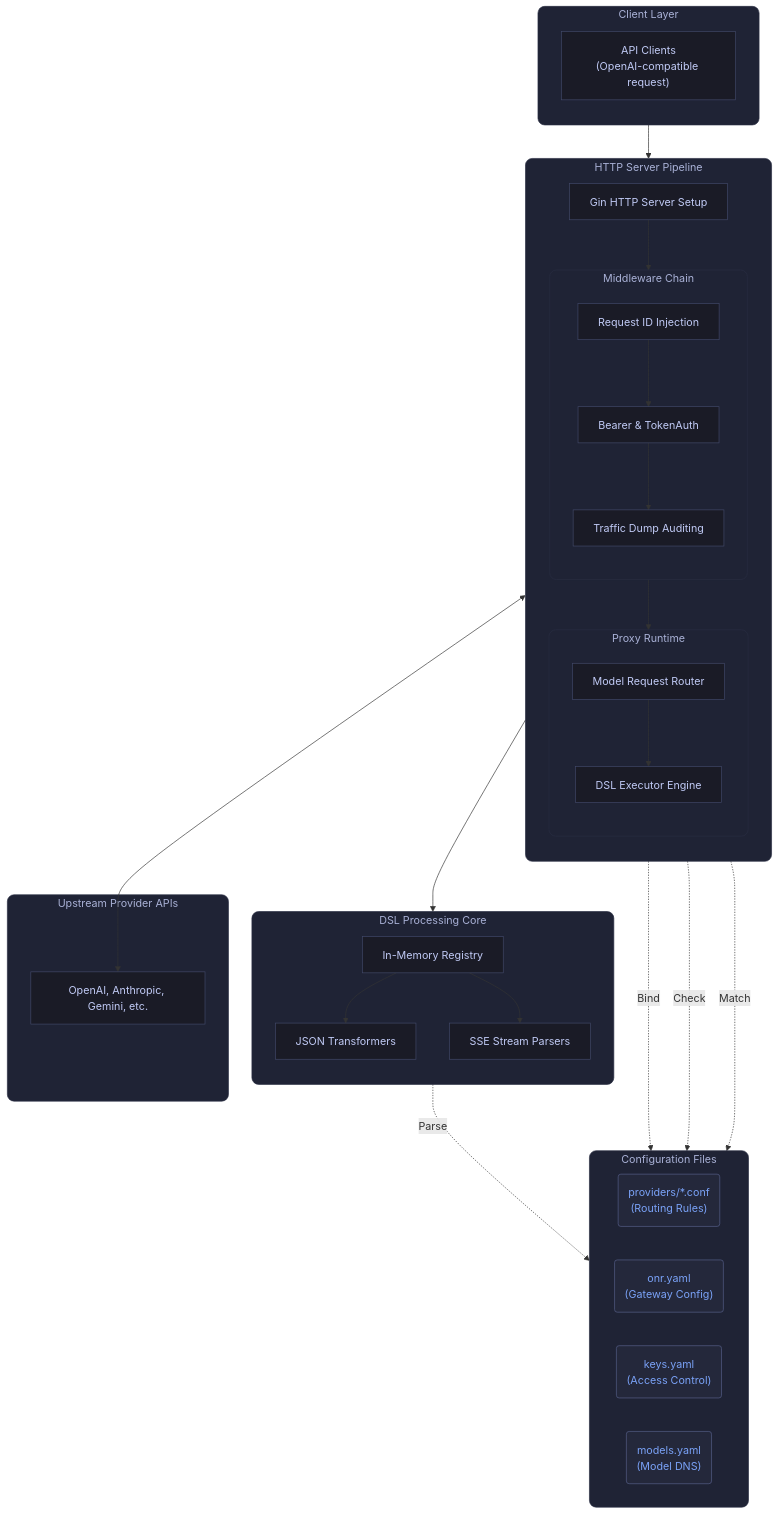
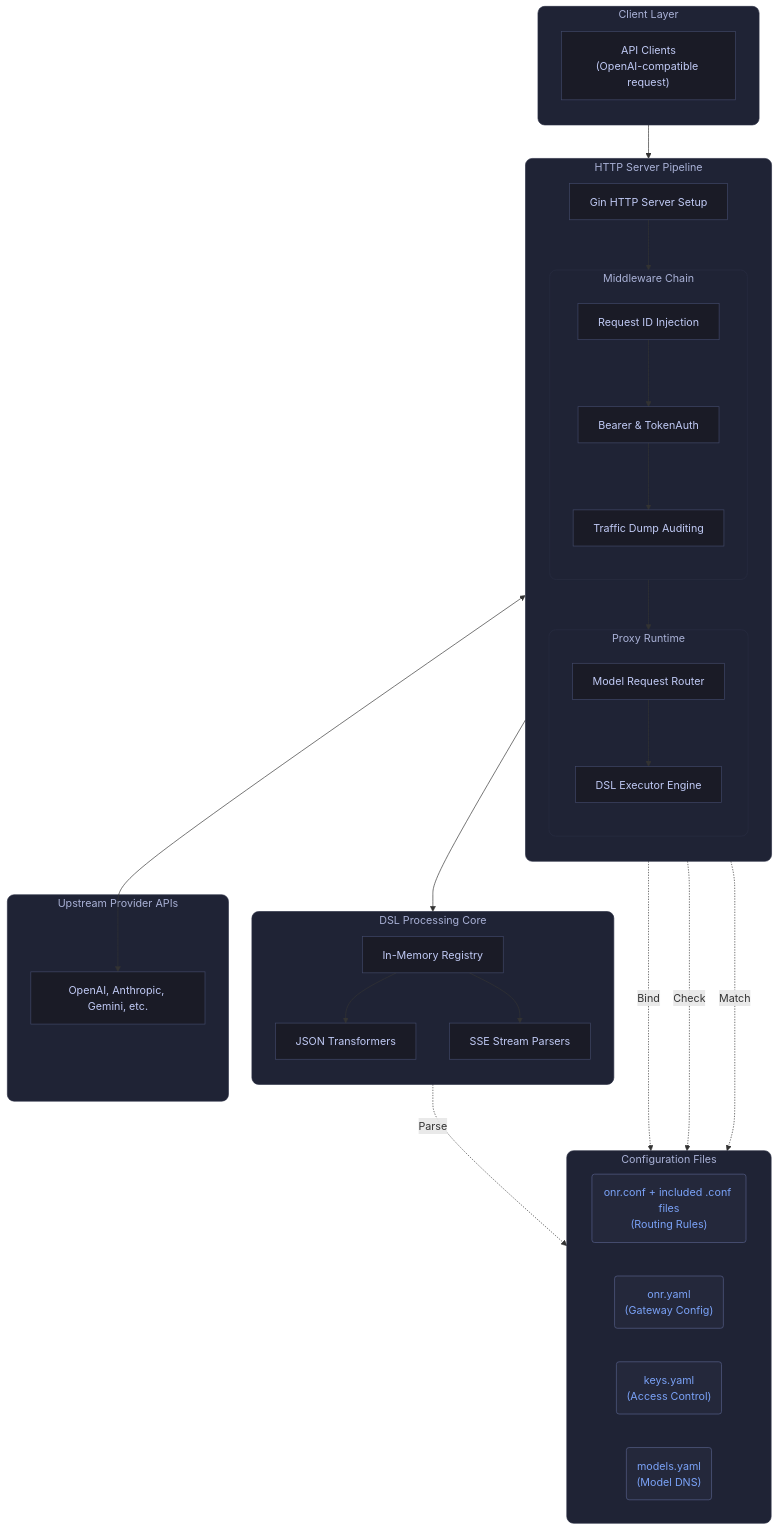
The diagram in index.mdx (r9s-ai/onr-docs), drawn with Mermaid before and after one commit. The commit also changed other lines of this file and 11 other files, not shown here.

First line of the commit message:
docs(docs): update docs to reflect onr.conf as main DSL entrypoint

````diff
--- a/index.mdx
+++ b/index.mdx
@@ -21,71 +21,71 @@
 ```mermaid
 flowchart TD
     %% Base styling
     classDef default fill:#1a1b26,stroke:#414868,stroke-width:1px,color:#c0caf5;
     classDef layer fill:#1f2335,stroke:#292e42,stroke-width:1px,color:#a9b1d6,rx:10,ry:10;
     classDef file fill:#24283b,stroke:#565f89,stroke-width:1px,color:#7aa2f7,rx:4,ry:4;
     
     subgraph ClientLayer ["Client Layer"]
         direction TB
         Clients["API Clients<br/>(OpenAI-compatible request)"]
     end
 
     subgraph RuntimeApp ["HTTP Server Pipeline"]
         direction TB
         Server["Gin HTTP Server Setup"]
         
         subgraph Middlewares ["Middleware Chain"]
             direction TB
             ReqID["Request ID Injection"]
             Auth["Bearer & TokenAuth"]
             Dump["Traffic Dump Auditing"]
             ReqID --> Auth --> Dump
         end
         
         subgraph Proxy ["Proxy Runtime"]
             direction TB
             Router["Model Request Router"]
             Exec["DSL Executor Engine"]
             Router --> Exec
         end
         
         Server --> ReqID
         Dump --> Router
     end
 
     subgraph Configs ["Configuration Files"]
         direction LR
-        DSLConf("providers/*.conf<br/>(Routing Rules)")
+        DSLConf("onr.conf + included .conf files<br/>(Routing Rules)")
         OnrYaml("onr.yaml<br/>(Gateway Config)")
         KeysYaml("keys.yaml<br/>(Access Control)")
         ModelsYaml("models.yaml<br/>(Model DNS)")
     end
 
     subgraph CoreLib ["DSL Processing Core"]
         direction TB
         Registry["In-Memory Registry"]
         Transform["JSON Transformers"]
         SSEParse["SSE Stream Parsers"]
         
         Registry --> Transform
         Registry --> SSEParse
     end
 
     subgraph Upstream ["Upstream Provider APIs"]
         Providers["OpenAI, Anthropic, Gemini, etc."]
     end
 
     %% Main flow
     Clients --> Server
     Exec <--> Providers
     Exec --> Registry
     
     %% Config Loading
     Server -. "Bind" .-> OnrYaml
     Auth -. "Check" .-> KeysYaml
     Router -. "Match" .-> ModelsYaml
     Registry -. "Parse" .-> DSLConf
 
     class ClientLayer,RuntimeApp,CoreLib,Configs,Upstream,Middlewares,Proxy layer;
     class DSLConf,OnrYaml,KeysYaml,ModelsYaml file;
 ```
````
